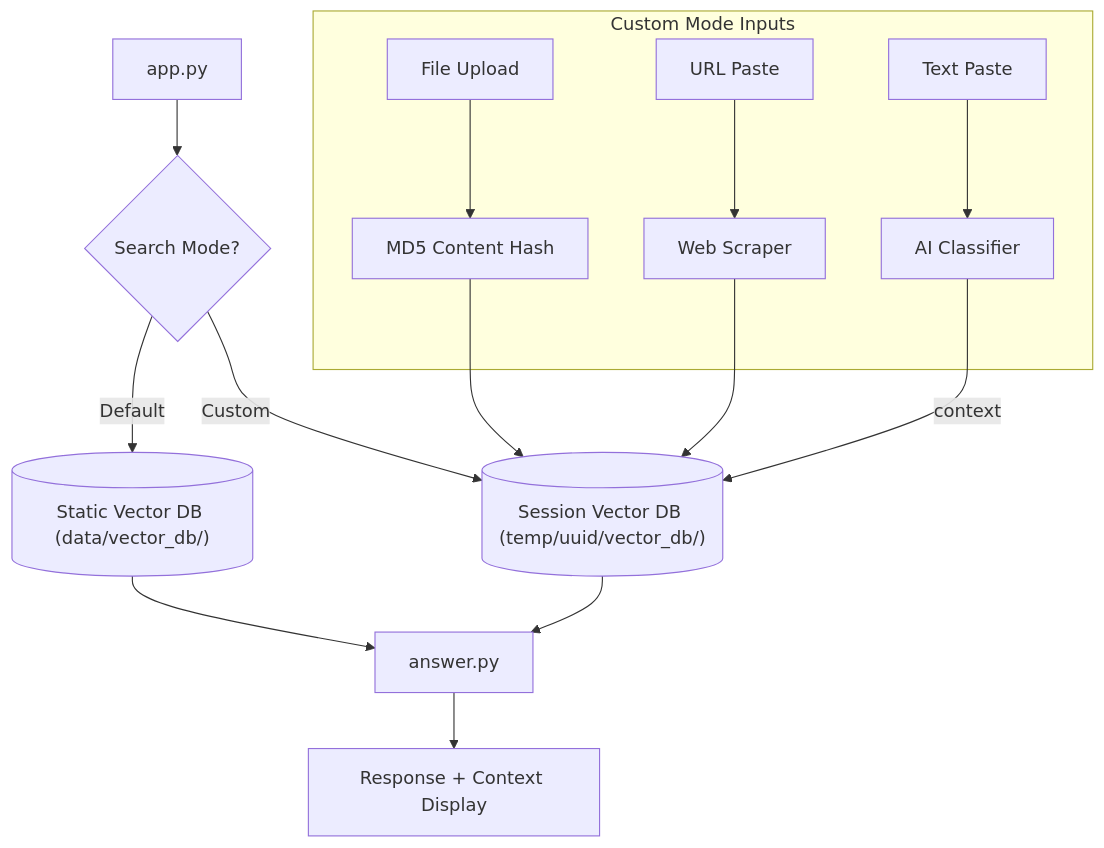
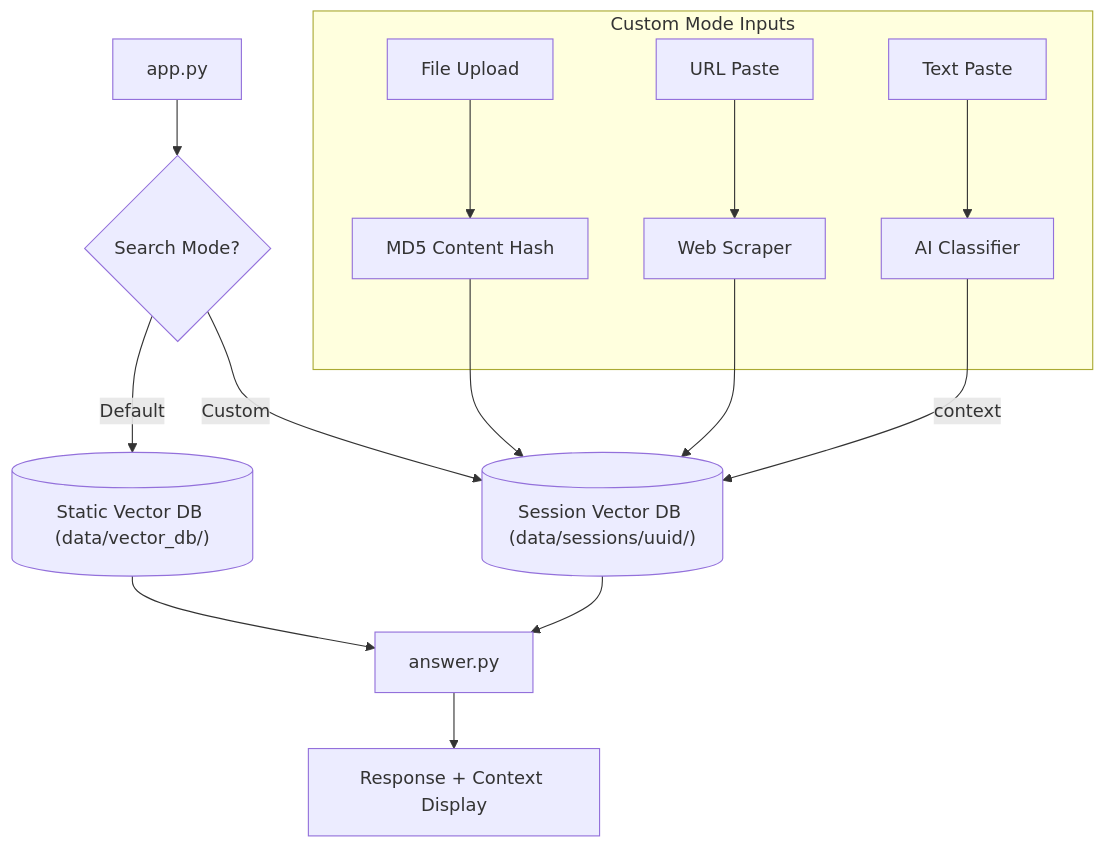
One commit to ApurvArc/DocuFlux-AI changed the second of 2 diagrams in README.md. Above: the diagram before and after it, drawn with Mermaid. The commit also changed other lines of this file, not shown here.

Commit message:
docs: update readme and fix session isolation architecture

````diff
--- a/README.md
+++ b/README.md
@@ -168,21 +143,21 @@
 ```mermaid
 graph TD
     APP[app.py] --> MODE{Search Mode?}
 
     MODE -->|Default| STATIC[("Static Vector DB (data/vector_db/)")]
-    MODE -->|Custom| SESSION[("Session Vector DB (temp/uuid/vector_db/)")]
+    MODE -->|Custom| SESSION[("Session Vector DB (data/sessions/uuid/)")]
 
     subgraph "Custom Mode Inputs"
         FILE[File Upload] --> DEDUP[MD5 Content Hash]
         URLIN[URL Paste] --> SCRAPE[Web Scraper]
         TXTIN[Text Paste] --> CLASSIFY[AI Classifier]
     end
 
     DEDUP --> SESSION
     SCRAPE --> SESSION
     CLASSIFY -->|context| SESSION
 
     STATIC --> ANS_PY[answer.py]
     SESSION --> ANS_PY
     ANS_PY --> RESPONSE[Response + Context Display]
 ```
````
